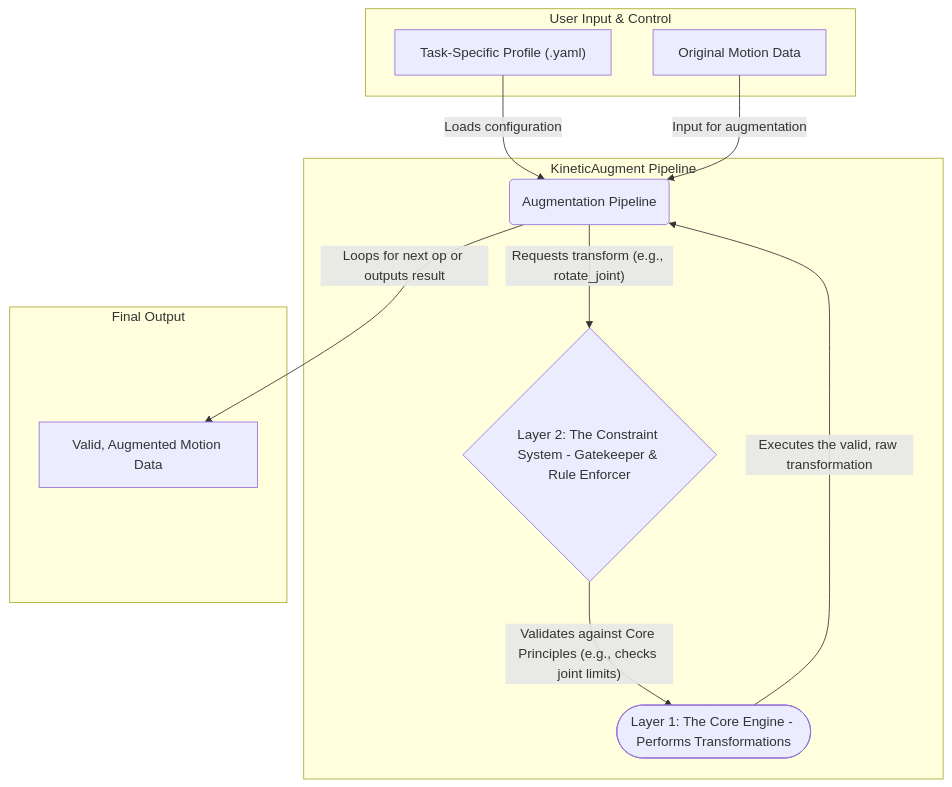
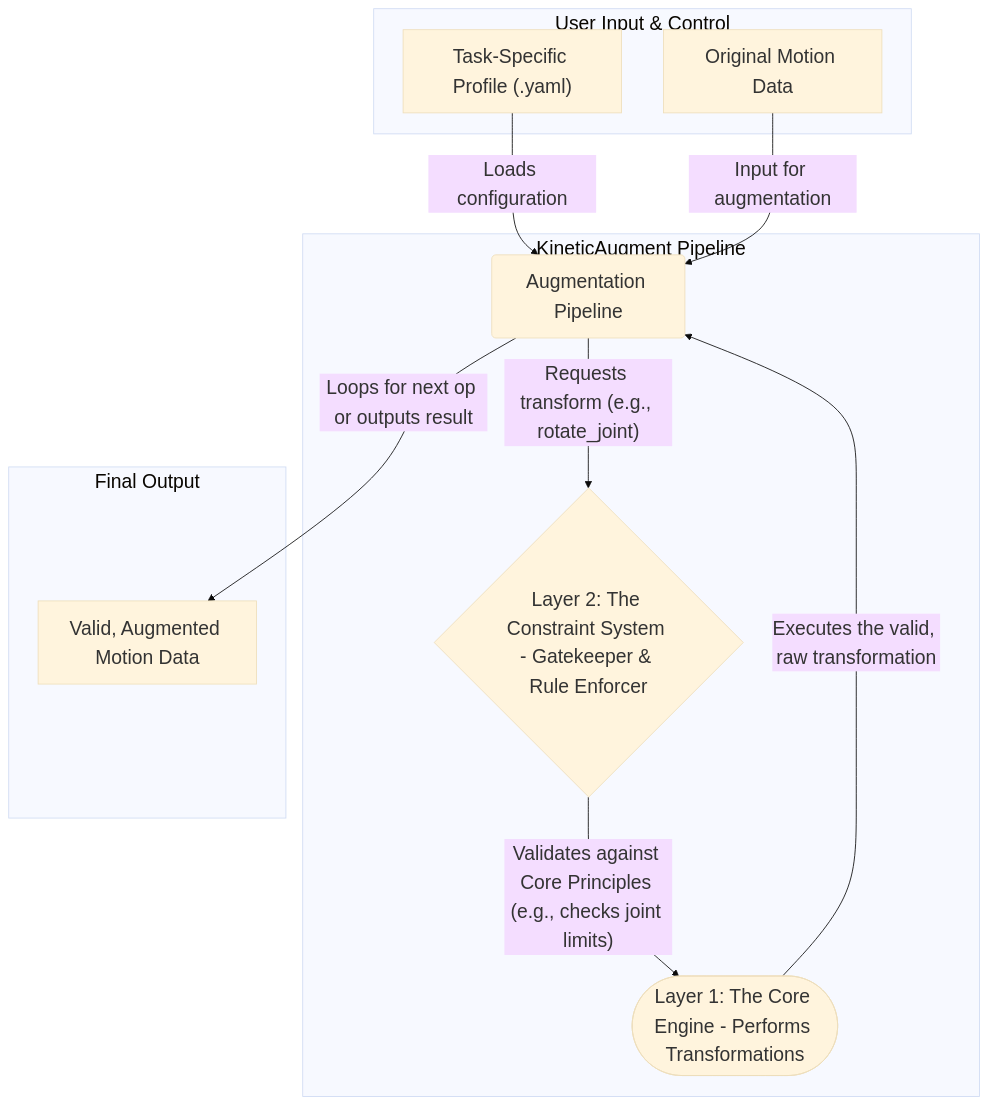
The diagram in docs/02_Framework_Architecture.md (YouSoPugly/KineticAugment), drawn with Mermaid before and after one commit.

Commit message:
Enhance documentation with data flow diagram
Added a diagram illustrating data flow through the framework.

````diff
--- a/docs/02_Framework_Architecture.md
+++ b/docs/02_Framework_Architecture.md
@@ -16,27 +16,28 @@
 ```mermaid
+%%{init: {'theme': 'base', 'themeVariables': { 'fontSize': '23px', 'fontFamily': 'Inter'}}}%%
 graph TD
     subgraph "User Input & Control"
         TaskProfile["Task-Specific Profile (.yaml)"]
         MotionData["Original Motion Data"]
     end
 
     subgraph "KineticAugment Pipeline"
         Pipeline("Augmentation Pipeline")
         ConstraintSystem{"Layer 2: The Constraint System - Gatekeeper & Rule Enforcer"}
         CoreEngine(["Layer 1: The Core Engine - Performs Transformations"])
     end
 
     subgraph "Final Output"
         AugmentedData["Valid, Augmented Motion Data"]
     end
 
     %% Define Data Flow
     TaskProfile -- "Loads configuration" --> Pipeline
     MotionData -- "Input for augmentation" --> Pipeline
 
     Pipeline -- "Requests transform (e.g., rotate_joint)" --> ConstraintSystem
     ConstraintSystem -- "Validates against Core Principles (e.g., checks joint limits)" --> CoreEngine
     CoreEngine -- "Executes the valid, raw transformation" --> Pipeline
     Pipeline -- "Loops for next op or outputs result" --> AugmentedData
 
 ```
````
